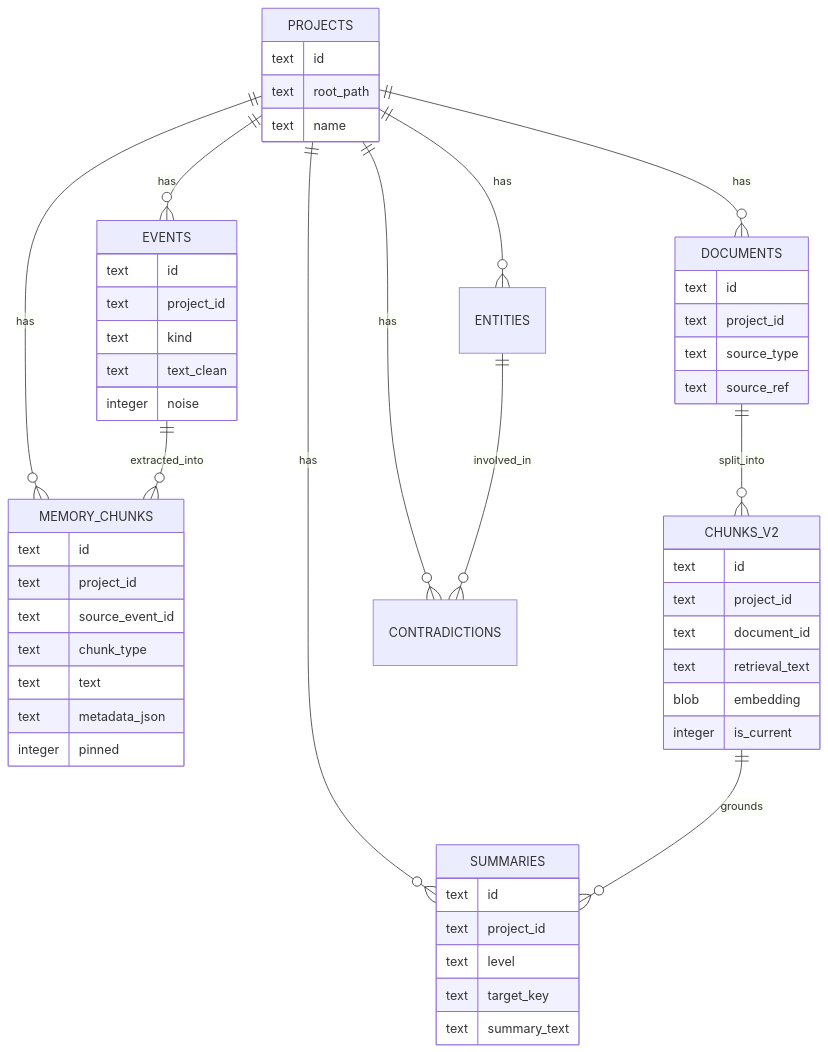
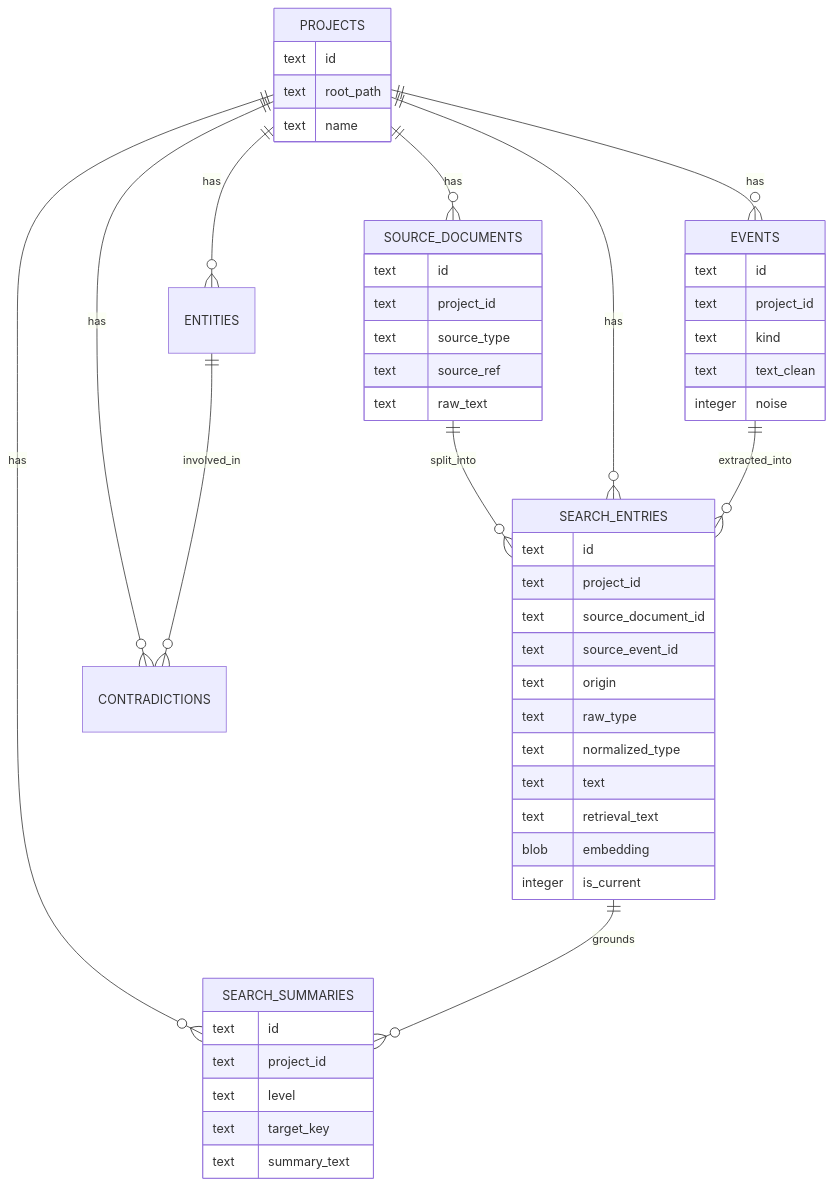
Before and after one commit to taeuk178/MultiAgentCLI: the fourth of 4 diagrams in Document/flow.md, drawn with Mermaid. The commit also changed other lines of this file and 33 other files, not shown here.

First line of the commit message:
search_entries 통합 스키마 구현

````diff
--- a/Document/flow.md
+++ b/Document/flow.md
@@ -678,61 +609,57 @@
 ```mermaid
 erDiagram
     PROJECTS ||--o{ EVENTS : has
-    PROJECTS ||--o{ MEMORY_CHUNKS : has
-    PROJECTS ||--o{ DOCUMENTS : has
-    DOCUMENTS ||--o{ CHUNKS_V2 : split_into
-    PROJECTS ||--o{ SUMMARIES : has
+    PROJECTS ||--o{ SOURCE_DOCUMENTS : has
+    SOURCE_DOCUMENTS ||--o{ SEARCH_ENTRIES : split_into
+    PROJECTS ||--o{ SEARCH_ENTRIES : has
+    PROJECTS ||--o{ SEARCH_SUMMARIES : has
     PROJECTS ||--o{ ENTITIES : has
     PROJECTS ||--o{ CONTRADICTIONS : has
-    EVENTS ||--o{ MEMORY_CHUNKS : extracted_into
-    CHUNKS_V2 ||--o{ SUMMARIES : grounds
+    EVENTS ||--o{ SEARCH_ENTRIES : extracted_into
+    SEARCH_ENTRIES ||--o{ SEARCH_SUMMARIES : grounds
     ENTITIES ||--o{ CONTRADICTIONS : involved_in
 
     PROJECTS {
         text id
         text root_path
         text name
     }
 
     EVENTS {
         text id
         text project_id
         text kind
         text text_clean
         integer noise
     }
 
-    MEMORY_CHUNKS {
-        text id
-        text project_id
-        text source_event_id
-        text chunk_type
-        text text
-        text metadata_json
-        integer pinned
-    }
-
-    DOCUMENTS {
+    SOURCE_DOCUMENTS {
         text id
         text project_id
         text source_type
         text source_ref
+        text raw_text
     }
 
-    CHUNKS_V2 {
+    SEARCH_ENTRIES {
         text id
         text project_id
-        text document_id
+        text source_document_id
+        text source_event_id
+        text origin
+        text raw_type
+        text normalized_type
+        text text
         text retrieval_text
         blob embedding
         integer is_current
     }
 
-    SUMMARIES {
+    SEARCH_SUMMARIES {
         text id
         text project_id
         text level
         text target_key
         text summary_text
     }
 ```
````
